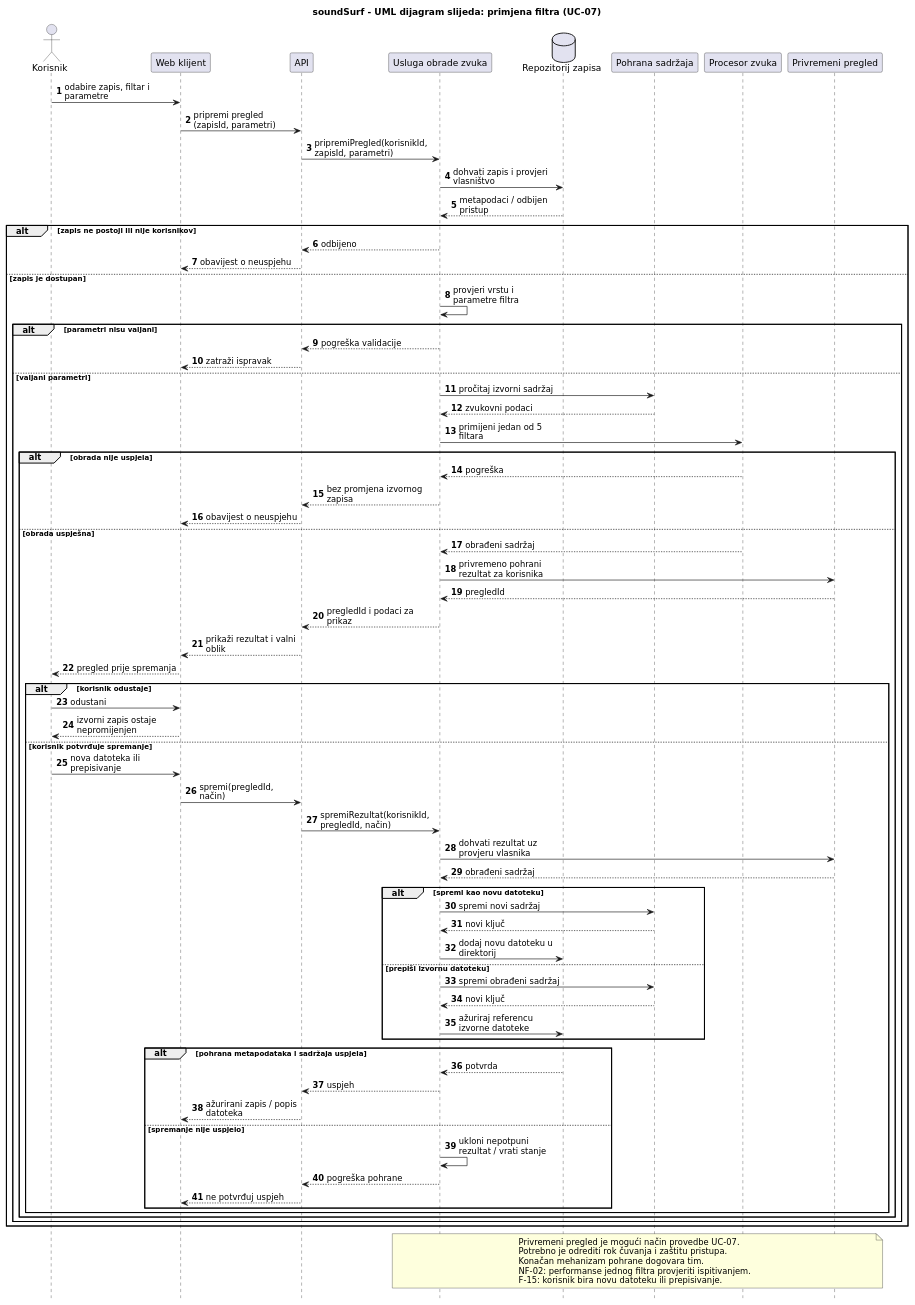
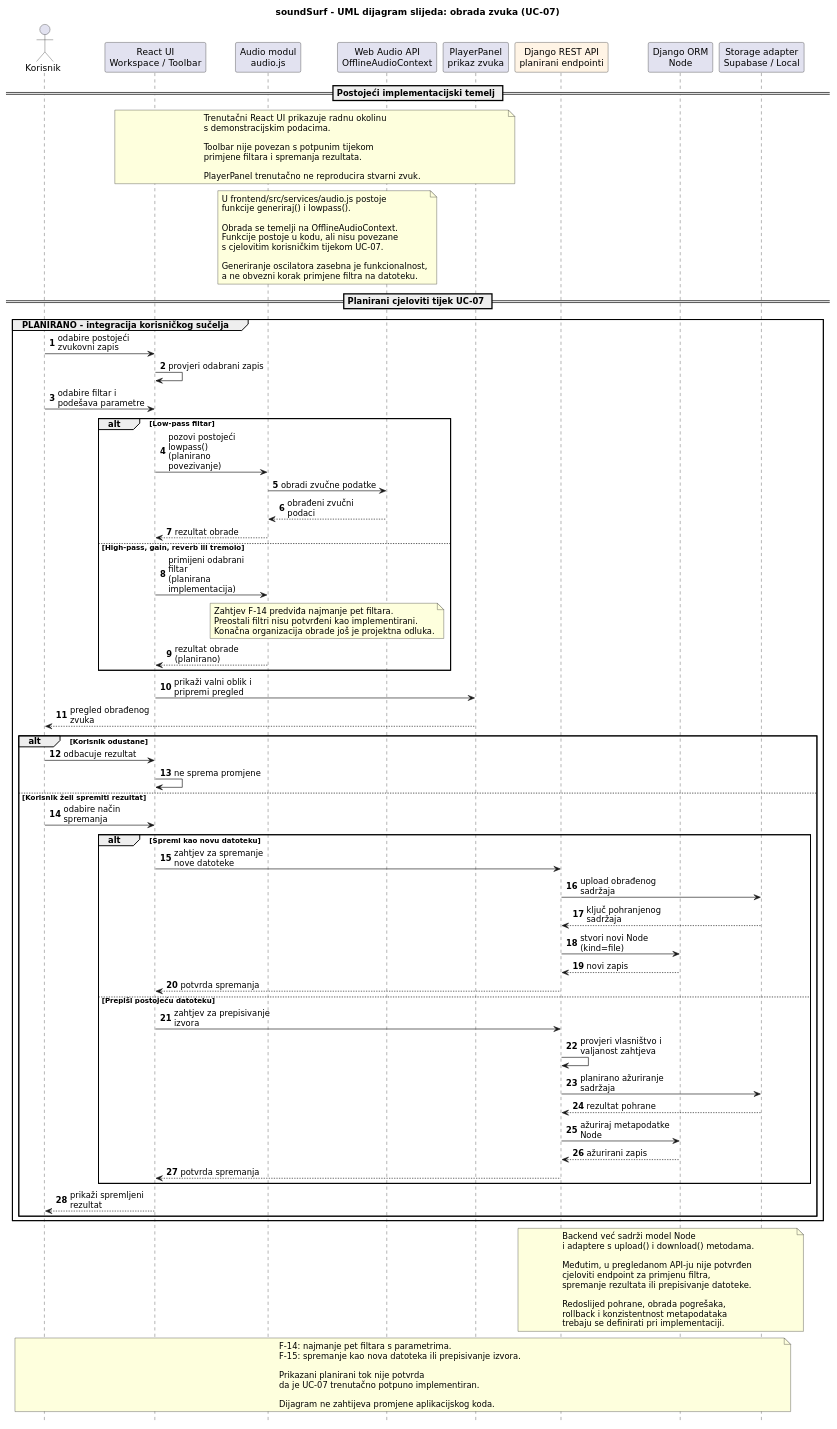
The diagram in docs/puml/4-6-soundsurf-obrada-slijed.puml (TomaPetrusic/soundSurf), drawn with PlantUML before and after one commit. The commit also changed 5 other files, not shown here.

Commit message:
docs: usklađeni UML dijagrami 4-1, 4-5 i 4-6 s implementacijom

```diff
--- a/docs/puml/4-6-soundsurf-obrada-slijed.puml
+++ b/docs/puml/4-6-soundsurf-obrada-slijed.puml
@@ -1,88 +1,120 @@
 @startuml
 skinparam shadowing false
 skinparam defaultFontName "DejaVu Sans"
-skinparam maxMessageSize 160
+skinparam maxMessageSize 150
 hide footbox
 
-title soundSurf - UML dijagram slijeda: primjena filtra (UC-07)
+title soundSurf - UML dijagram slijeda: obrada zvuka (UC-07)
 
 autonumber
+
 actor "Korisnik" as User
-participant "Web klijent" as UI
-participant "API" as API
-participant "Usluga obrade zvuka" as Service
-database "Repozitorij zapisa" as Repo
-participant "Pohrana sadržaja" as Store
-participant "Procesor zvuka" as Engine
-participant "Privremeni pregled" as Preview
+participant "React UI\nWorkspace / Toolbar" as UI
+participant "Audio modul\naudio.js" as Audio
+participant "Web Audio API\nOfflineAudioContext" as WebAudio
+participant "PlayerPanel\nprikaz zvuka" as Player
+participant "Django REST API\nplanirani endpointi" as API #FFF4E5
+participant "Django ORM\nNode" as ORM
+participant "Storage adapter\nSupabase / Local" as Storage
 
-User -> UI : odabire zapis, filtar i parametre
-UI -> API : pripremi pregled (zapisId, parametri)
-API -> Service : pripremiPregled(korisnikId, zapisId, parametri)
-Service -> Repo : dohvati zapis i provjeri vlasništvo
-Repo --> Service : metapodaci / odbijen pristup
+== Postojeći implementacijski temelj ==
 
-alt zapis ne postoji ili nije korisnikov
-  Service --> API : odbijeno
-  API --> UI : obavijest o neuspjehu
-else zapis je dostupan
-  Service -> Service : provjeri vrstu i parametre filtra
-  alt parametri nisu valjani
-    Service --> API : pogreška validacije
-    API --> UI : zatraži ispravak
-  else valjani parametri
-    Service -> Store : pročitaj izvorni sadržaj
-    Store --> Service : zvukovni podaci
-    Service -> Engine : primijeni jedan od 5 filtara
-    alt obrada nije uspjela
-      Engine --> Service : pogreška
-      Service --> API : bez promjena izvornog zapisa
-      API --> UI : obavijest o neuspjehu
-    else obrada uspješna
-      Engine --> Service : obrađeni sadržaj
-      Service -> Preview : privremeno pohrani rezultat za korisnika
-      Preview --> Service : pregledId
-      Service --> API : pregledId i podaci za prikaz
-      API --> UI : prikaži rezultat i valni oblik
-      UI --> User : pregled prije spremanja
+note over UI,Player
+  Trenutačni React UI prikazuje radnu okolinu
+  s demonstracijskim podacima.
 
-      alt korisnik odustaje
-        User -> UI : odustani
-        UI --> User : izvorni zapis ostaje nepromijenjen
-      else korisnik potvrđuje spremanje
-        User -> UI : nova datoteka ili prepisivanje
-        UI -> API : spremi(pregledId, način)
-        API -> Service : spremiRezultat(korisnikId, pregledId, način)
-        Service -> Preview : dohvati rezultat uz provjeru vlasnika
-        Preview --> Service : obrađeni sadržaj
-        alt spremi kao novu datoteku
-          Service -> Store : spremi novi sadržaj
-          Store --> Service : novi ključ
-          Service -> Repo : dodaj novu datoteku u direktorij
-        else prepiši izvornu datoteku
-          Service -> Store : spremi obrađeni sadržaj
-          Store --> Service : novi ključ
-          Service -> Repo : ažuriraj referencu izvorne datoteke
-        end
-        alt pohrana metapodataka i sadržaja uspjela
-          Repo --> Service : potvrda
-          Service --> API : uspjeh
-          API --> UI : ažurirani zapis / popis datoteka
-        else spremanje nije uspjelo
-          Service -> Service : ukloni nepotpuni rezultat / vrati stanje
-          Service --> API : pogreška pohrane
-          API --> UI : ne potvrđuj uspjeh
-        end
-      end
+  Toolbar nije povezan s potpunim tijekom
+  primjene filtara i spremanja rezultata.
+
+  PlayerPanel trenutačno ne reproducira stvarni zvuk.
+end note
+
+note over Audio,WebAudio
+  U frontend/src/services/audio.js postoje
+  funkcije generiraj() i lowpass().
+
+  Obrada se temelji na OfflineAudioContext.
+  Funkcije postoje u kodu, ali nisu povezane
+  s cjelovitim korisničkim tijekom UC-07.
+
+  Generiranje oscilatora zasebna je funkcionalnost,
+  a ne obvezni korak primjene filtra na datoteku.
+end note
+
+== Planirani cjeloviti tijek UC-07 ==
+
+group PLANIRANO - integracija korisničkog sučelja
+  User -> UI : odabire postojeći zvukovni zapis
+  UI -> UI : provjeri odabrani zapis
+
+  User -> UI : odabire filtar i podešava parametre
+
+  alt Low-pass filtar
+    UI -> Audio : pozovi postojeći lowpass()\n(planirano povezivanje)
+    Audio -> WebAudio : obradi zvučne podatke
+    WebAudio --> Audio : obrađeni zvučni podaci
+    Audio --> UI : rezultat obrade
+  else High-pass, gain, reverb ili tremolo
+    UI -> Audio : primijeni odabrani filtar\n(planirana implementacija)
+    note over Audio,WebAudio
+      Zahtjev F-14 predviđa najmanje pet filtara.
+      Preostali filtri nisu potvrđeni kao implementirani.
+      Konačna organizacija obrade još je projektna odluka.
+    end note
+    Audio --> UI : rezultat obrade (planirano)
+  end
+
+  UI -> Player : prikaži valni oblik i pripremi pregled
+  Player --> User : pregled obrađenog zvuka
+
+  alt Korisnik odustane
+    User -> UI : odbacuje rezultat
+    UI -> UI : ne sprema promjene
+  else Korisnik želi spremiti rezultat
+    User -> UI : odabire način spremanja
+
+    alt Spremi kao novu datoteku
+      UI -> API : zahtjev za spremanje nove datoteke
+      API -> Storage : upload obrađenog sadržaja
+      Storage --> API : ključ pohranjenog sadržaja
+      API -> ORM : stvori novi Node (kind=file)
+      ORM --> API : novi zapis
+      API --> UI : potvrda spremanja
+    else Prepiši postojeću datoteku
+      UI -> API : zahtjev za prepisivanje izvora
+      API -> API : provjeri vlasništvo i valjanost zahtjeva
+      API -> Storage : planirano ažuriranje sadržaja
+      Storage --> API : rezultat pohrane
+      API -> ORM : ažuriraj metapodatke Node
+      ORM --> API : ažurirani zapis
+      API --> UI : potvrda spremanja
     end
+
+    UI --> User : prikaži spremljeni rezultat
   end
 end
 
-note over Service,Preview
-  Privremeni pregled je mogući način provedbe UC-07.
-  Potrebno je odrediti rok čuvanja i zaštitu pristupa.
-  Konačan mehanizam pohrane dogovara tim.
-  NF-02: performanse jednog filtra provjeriti ispitivanjem.
-  F-15: korisnik bira novu datoteku ili prepisivanje.
+note over API,Storage
+  Backend već sadrži model Node
+  i adaptere s upload() i download() metodama.
+
+  Međutim, u pregledanom API-ju nije potvrđen
+  cjeloviti endpoint za primjenu filtra,
+  spremanje rezultata ili prepisivanje datoteke.
+
+  Redoslijed pohrane, obrada pogrešaka,
+  rollback i konzistentnost metapodataka
+  trebaju se definirati pri implementaciji.
 end note
+
+note over User,Storage
+  F-14: najmanje pet filtara s parametrima.
+  F-15: spremanje kao nova datoteka ili prepisivanje izvora.
+
+  Prikazani planirani tok nije potvrda
+  da je UC-07 trenutačno potpuno implementiran.
+
+  Dijagram ne zahtijeva promjene aplikacijskog koda.
+end note
+
 @enduml
```
